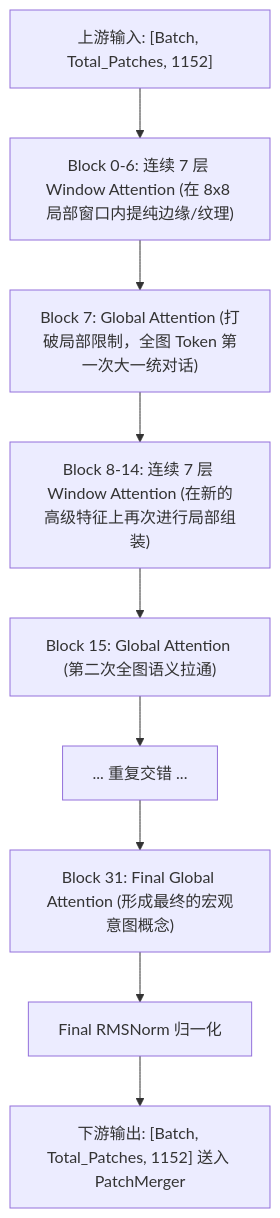
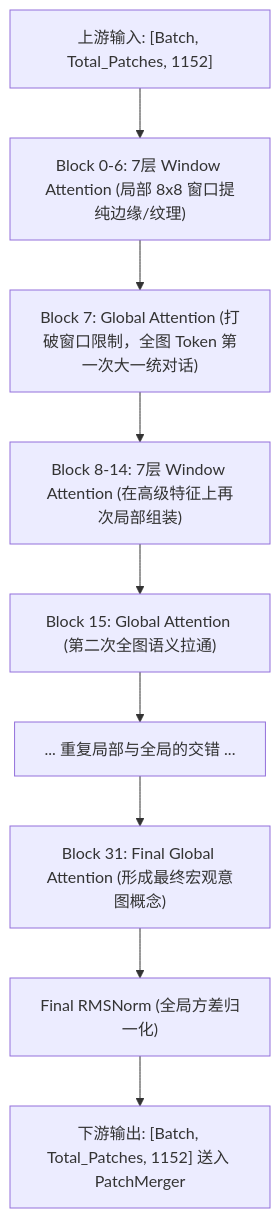
One commit to pokemonAndCodeMaster/llm_knowledge_base changed the diagram in wiki/concepts/vit_核心原理与结构.md. Above: the diagram before and after it, drawn with Mermaid. The commit also changed other lines of this file and 5 other files, not shown here.

````diff
--- a/wiki/concepts/vit_核心原理与结构.md
+++ b/wiki/concepts/vit_核心原理与结构.md
@@ -30,11 +27,11 @@
 ```mermaid
 graph TD
-    IN["上游输入: [Batch, Total_Patches, 1152]"] --> L1["Block 0-6: 连续 7 层 Window Attention (在 8x8 局部窗口内提纯边缘/纹理)"]
-    L1 --> L7["Block 7: Global Attention (打破局部限制，全图 Token 第一次大一统对话)"]
-    L7 --> L8["Block 8-14: 连续 7 层 Window Attention (在新的高级特征上再次进行局部组装)"]
+    IN["上游输入: [Batch, Total_Patches, 1152]"] --> L1["Block 0-6: 7层 Window Attention (局部 8x8 窗口提纯边缘/纹理)"]
+    L1 --> L7["Block 7: Global Attention (打破窗口限制，全图 Token 第一次大一统对话)"]
+    L7 --> L8["Block 8-14: 7层 Window Attention (在高级特征上再次局部组装)"]
     L8 --> L15["Block 15: Global Attention (第二次全图语义拉通)"]
-    L15 --> L_MID["... 重复交错 ..."]
-    L_MID --> L31["Block 31: Final Global Attention (形成最终的宏观意图概念)"]
-    L31 --> NORM["Final RMSNorm 归一化"]
+    L15 --> L_MID["... 重复局部与全局的交错 ..."]
+    L_MID --> L31["Block 31: Final Global Attention (形成最终宏观意图概念)"]
+    L31 --> NORM["Final RMSNorm (全局方差归一化)"]
     NORM --> OUT["下游输出: [Batch, Total_Patches, 1152] 送入 PatchMerger"]
 ```
````
